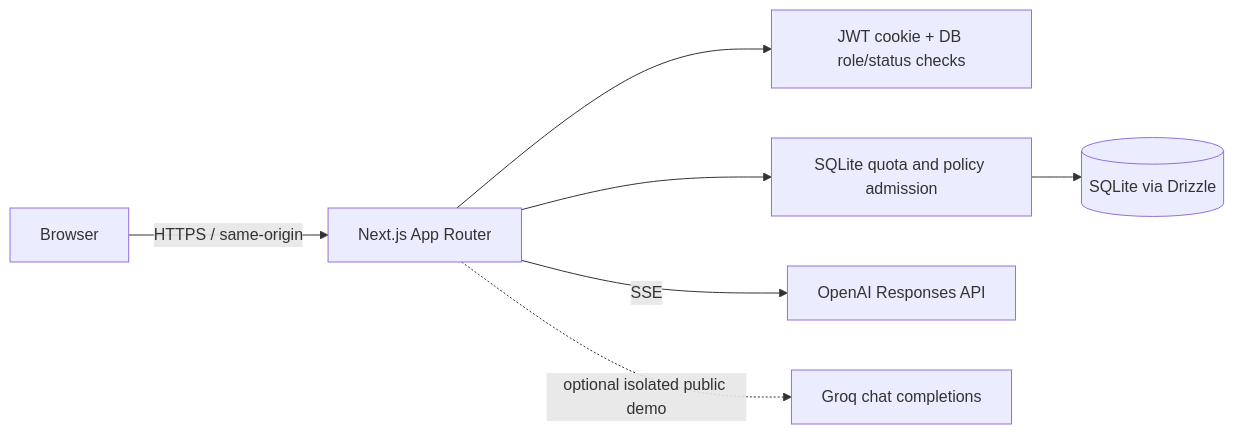
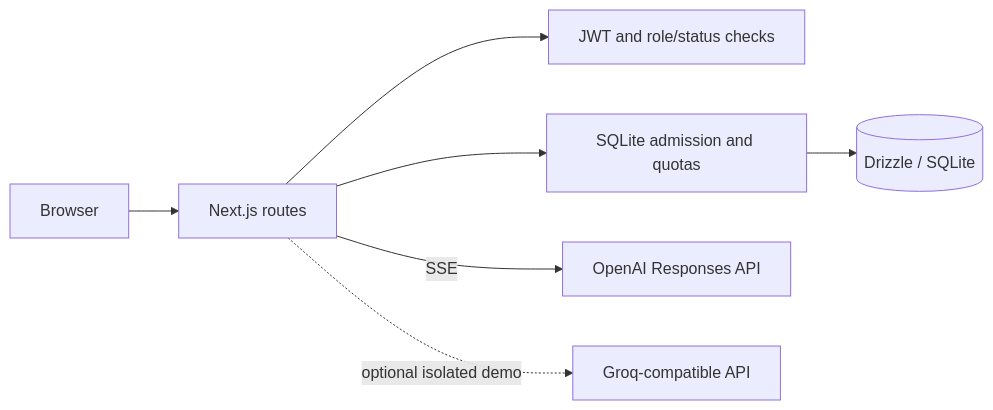
Before and after one commit to ansh0eman/aegis-ai: the diagram in README.md, drawn with Mermaid. The commit also changed other lines of this file and 10 other files, not shown here.

````diff
--- a/README.md
+++ b/README.md
@@ -36,9 +46,9 @@
 ```mermaid
 flowchart LR
-  Browser -->|HTTPS / same-origin| Next[Next.js App Router]
-  Next --> Auth[JWT cookie + DB role/status checks]
-  Next --> Policy[SQLite quota and policy admission]
-  Policy --> DB[(SQLite via Drizzle)]
+  Browser --> Next[Next.js routes]
+  Next --> Auth[JWT and role/status checks]
+  Next --> Policy[SQLite admission and quotas]
+  Policy --> DB[(Drizzle / SQLite)]
   Next -->|SSE| OpenAI[OpenAI Responses API]
-  Next -. optional isolated public demo .-> Groq[Groq chat completions]
+  Next -. optional isolated demo .-> Groq[Groq-compatible API]
 ```
````
